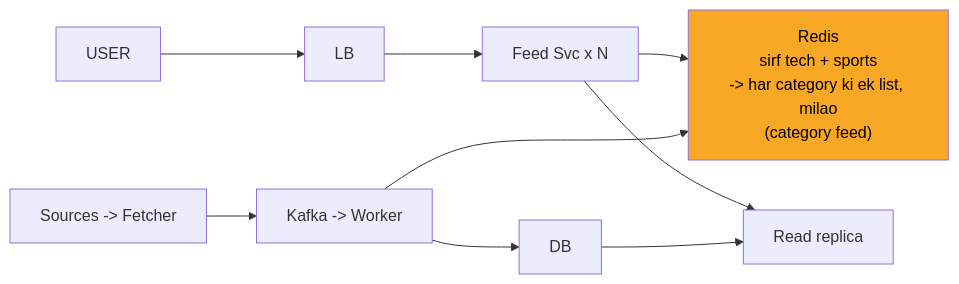
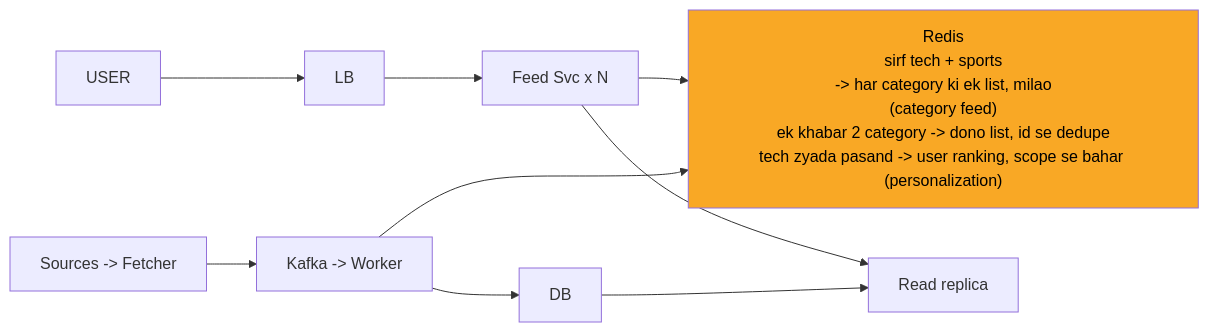
The seventh of 11 diagrams in 04_HLD/SYSTEM_DESIGNS/08_news_aggregator/08_news_aggregator_INTERVIEW.md (ArpanMaheshwari144/Prep), drawn with Mermaid before and after one commit. The commit also changed other lines of this file and 12 other files, not shown here.

Commit message:
hld 02-14: peele dabbe me SAFAR ke mod + diagram chauda (wrappingWidth 450)

````diff
--- a/04_HLD/SYSTEM_DESIGNS/08_news_aggregator/08_news_aggregator_INTERVIEW.md
+++ b/04_HLD/SYSTEM_DESIGNS/08_news_aggregator/08_news_aggregator_INTERVIEW.md
@@ -265,20 +271,21 @@
 ```mermaid
+%%{init: {"flowchart": {"wrappingWidth": 450}}}%%
 flowchart LR
     n_USER["USER"]
     n_LB["LB"]
     n_Feed_Svc_xN["Feed Svc x N"]
-    n_Redis["Redis<br/>sirf tech + sports<br/>-> har category ki ek list, milao<br/>(category feed)"]
+    n_Redis["Redis<br/>sirf tech + sports<br/>-> har category ki ek list, milao<br/>(category feed)<br/>ek khabar 2 category -> dono list, id se dedupe<br/>tech zyada pasand -> user ranking, scope se bahar (personalization)"]
     n_Read_replica["Read replica"]
     n_DB["DB"]
     n_KW["Kafka -> Worker"]
     n_SF["Sources -> Fetcher"]
     n_USER --> n_LB
     n_LB --> n_Feed_Svc_xN
     n_Feed_Svc_xN --> n_Redis
     n_Feed_Svc_xN --> n_Read_replica
     n_DB --> n_Read_replica
     n_KW --> n_DB
     n_KW --> n_Redis
     n_SF --> n_KW
     style n_Redis fill:#f9a825,color:#000
 ```
````
